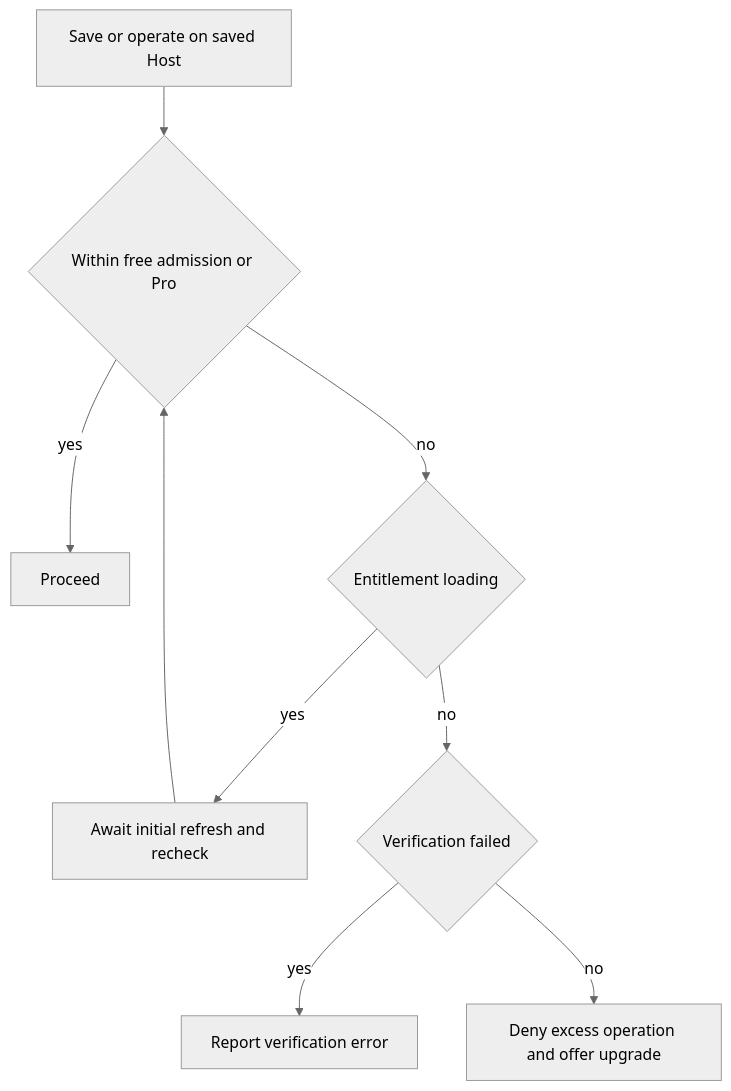
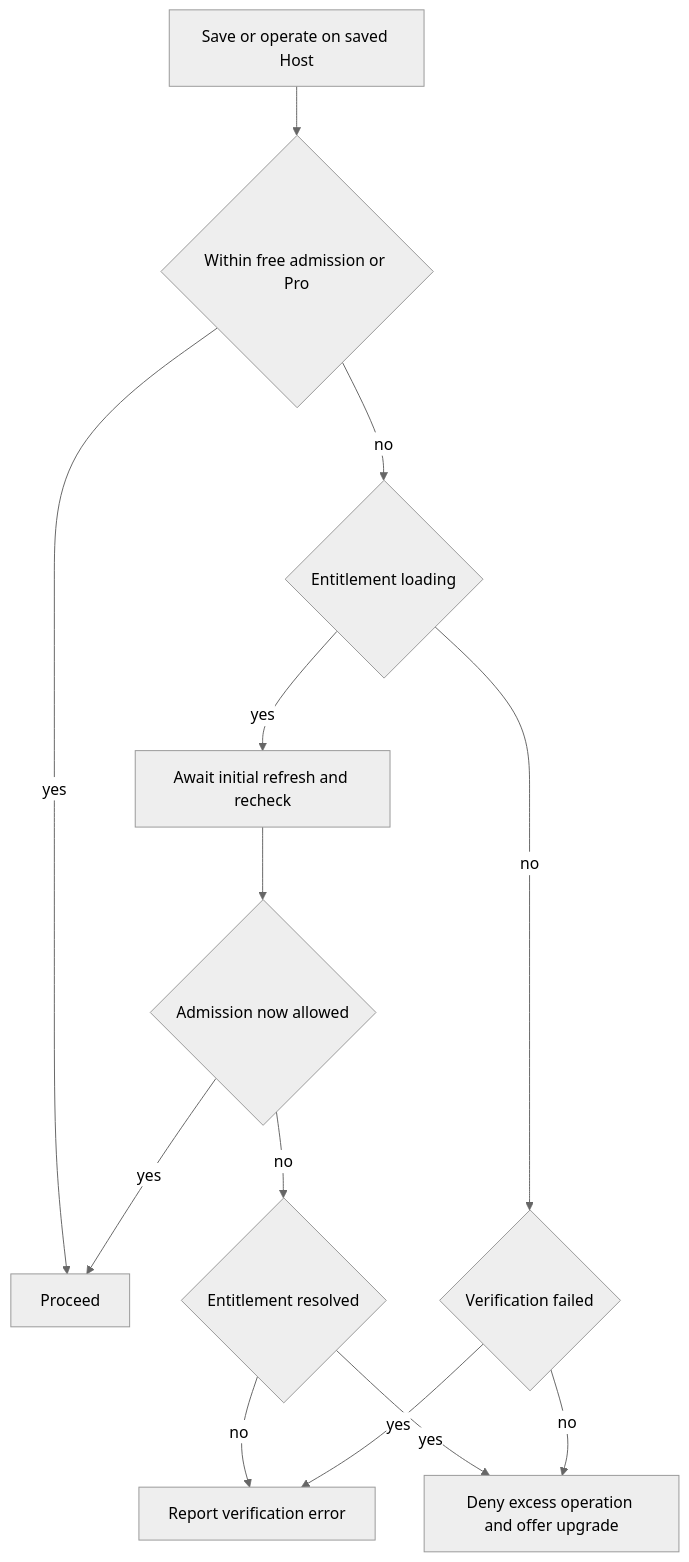
The second of 4 diagrams in openwiki/concepts/commerce-localization-and-product-surfaces.md (AkinoKaede/Termind), drawn with Mermaid (neutral theme) before and after one commit. The commit also changed other lines of this file and 68 other files, not shown here.

````diff
--- a/openwiki/concepts/commerce-localization-and-product-surfaces.md
+++ b/openwiki/concepts/commerce-localization-and-product-surfaces.md
@@ -179,11 +181,15 @@
 ```mermaid
 flowchart TD
     Request["Save or operate on saved Host"] --> Within{"Within free admission or Pro"}
     Within -->|yes| Admit["Proceed"]
     Within -->|no| Loading{"Entitlement loading"}
     Loading -->|yes| Refresh["Await initial refresh and recheck"]
-    Refresh --> Within
+    Refresh --> Recheck{"Admission now allowed"}
+    Recheck -->|yes| Admit
+    Recheck -->|no| Resolved{"Entitlement resolved"}
+    Resolved -->|no| Error["Report verification error"]
+    Resolved -->|yes| Deny["Deny excess operation and offer upgrade"]
     Loading -->|no| Failed{"Verification failed"}
     Failed -->|yes| Error["Report verification error"]
     Failed -->|no| Deny["Deny excess operation and offer upgrade"]
 ```
````
